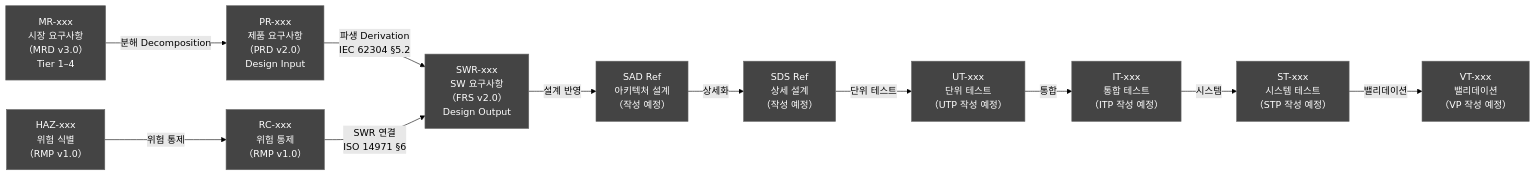
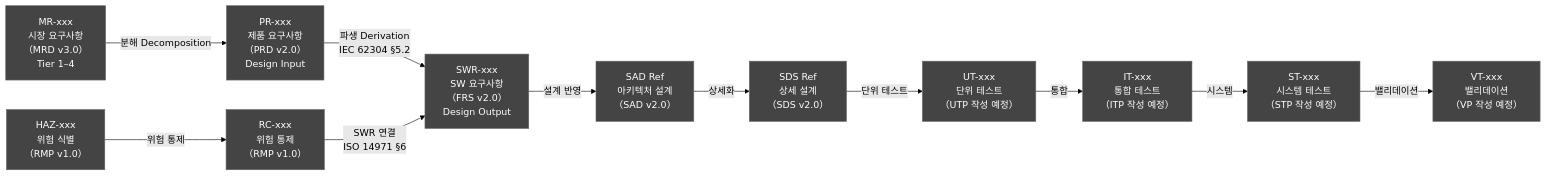
Before and after one commit to holee9/console-gui: the first of 6 diagrams in docs/verification/DOC-032_RTM_v2.0.md, drawn with Mermaid (forest theme). The commit also changed other lines of this file and 2 other files, not shown here.

````diff
--- a/docs/verification/DOC-032_RTM_v2.0.md
+++ b/docs/verification/DOC-032_RTM_v2.0.md
@@ -152,35 +152,35 @@
 ```mermaid
 flowchart LR
     MR["MR-xxx\n시장 요구사항\n（MRD v3.0）\nTier 1–4"]
     PR["PR-xxx\n제품 요구사항\n（PRD v2.0）\nDesign Input"]
     SWR["SWR-xxx\nSW 요구사항\n（FRS v2.0）\nDesign Output"]
-    SAD["SAD Ref\n아키텍처 설계\n（작성 예정）"]
-    SDS["SDS Ref\n상세 설계\n（작성 예정）"]
+    SAD["SAD Ref\n아키텍처 설계\n（SAD v2.0）"]
+    SDS["SDS Ref\n상세 설계\n（SDS v2.0）"]
     UT["UT-xxx\n단위 테스트\n（UTP 작성 예정）"]
     IT["IT-xxx\n통합 테스트\n（ITP 작성 예정）"]
     ST["ST-xxx\n시스템 테스트\n（STP 작성 예정）"]
     VT["VT-xxx\n밸리데이션\n（VP 작성 예정）"]
 
     HAZ["HAZ-xxx\n위험 식별\n（RMP v1.0）"]
     RC["RC-xxx\n위험 통제\n（RMP v1.0）"]
 
     MR -->|"분해 Decomposition"| PR
     PR -->|"파생 Derivation\nIEC 62304 §5.2"| SWR
     SWR -->|"설계 반영"| SAD
     SAD -->|"상세화"| SDS
     SDS -->|"단위 테스트"| UT
     UT -->|"통합"| IT
     IT -->|"시스템"| ST
     ST -->|"밸리데이션"| VT
 
     HAZ -->|"위험 통제"| RC
     RC -->|"SWR 연결\nISO 14971 §6"| SWR
 
     classDef default fill:#444,stroke:#666,color:#fff
     style MR fill:#444,color:#fff
     style PR fill:#444,color:#fff
     style SWR fill:#444,color:#fff
     style HAZ fill:#444,color:#fff
     style RC fill:#444,color:#fff
     style VT fill:#444,color:#fff
 ```
````
